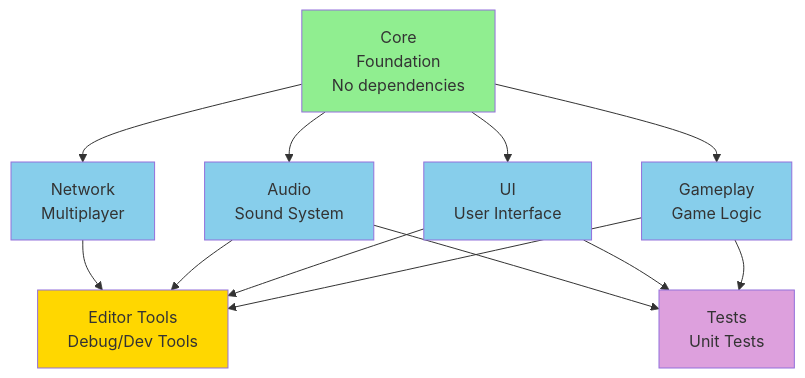
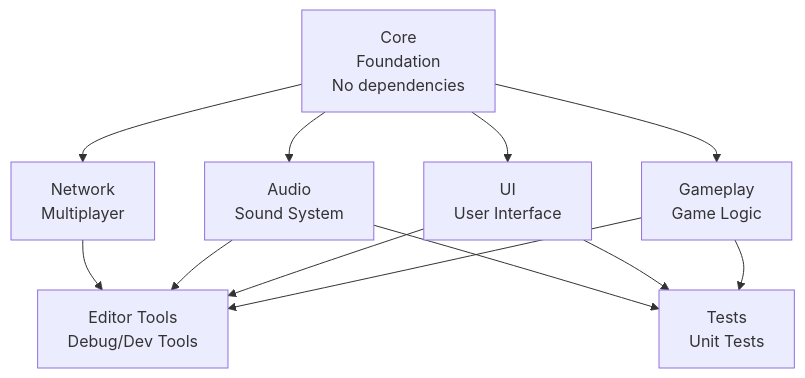
Before and after one commit to wallstop/unity-tips: the first of 3 diagrams in docs/assembly-definitions/02-core-concepts.md, drawn with Mermaid. The commit also changed other lines of this file and 27 other files, not shown here.

Commit message:
Convert ASCII diagrams to Mermaid format (#30)

````diff
--- a/docs/assembly-definitions/02-core-concepts.md
+++ b/docs/assembly-definitions/02-core-concepts.md
@@ -429,24 +429,17 @@
 ```mermaid
 graph TD
     A[Core<br/>Foundation<br/>No dependencies] --> B[Gameplay<br/>Game Logic]
     A --> C[UI<br/>User Interface]
     A --> D[Audio<br/>Sound System]
     A --> E[Network<br/>Multiplayer]
 
     B --> F[Editor Tools<br/>Debug/Dev Tools]
     C --> F
     D --> F
     E --> F
 
     B --> G[Tests<br/>Unit Tests]
     C --> G
     D --> G
 
-    style A fill:#90EE90
-    style B fill:#87CEEB
-    style C fill:#87CEEB
-    style D fill:#87CEEB
-    style E fill:#87CEEB
-    style F fill:#FFD700
-    style G fill:#DDA0DD
 ```
````
